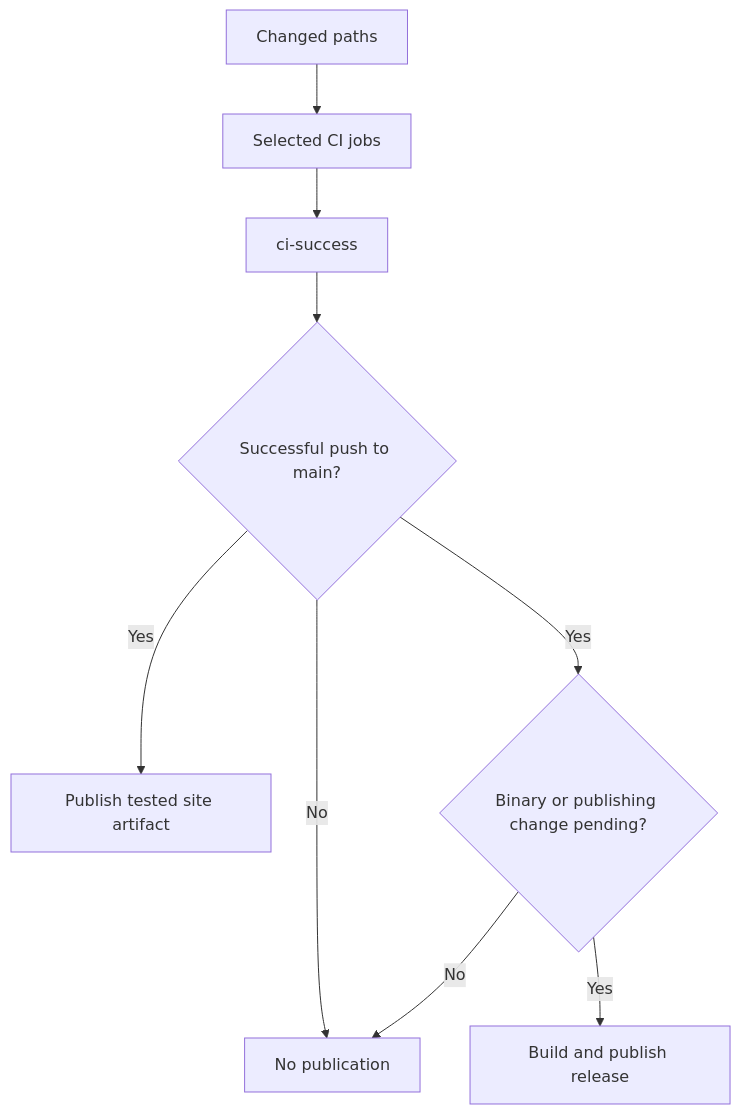
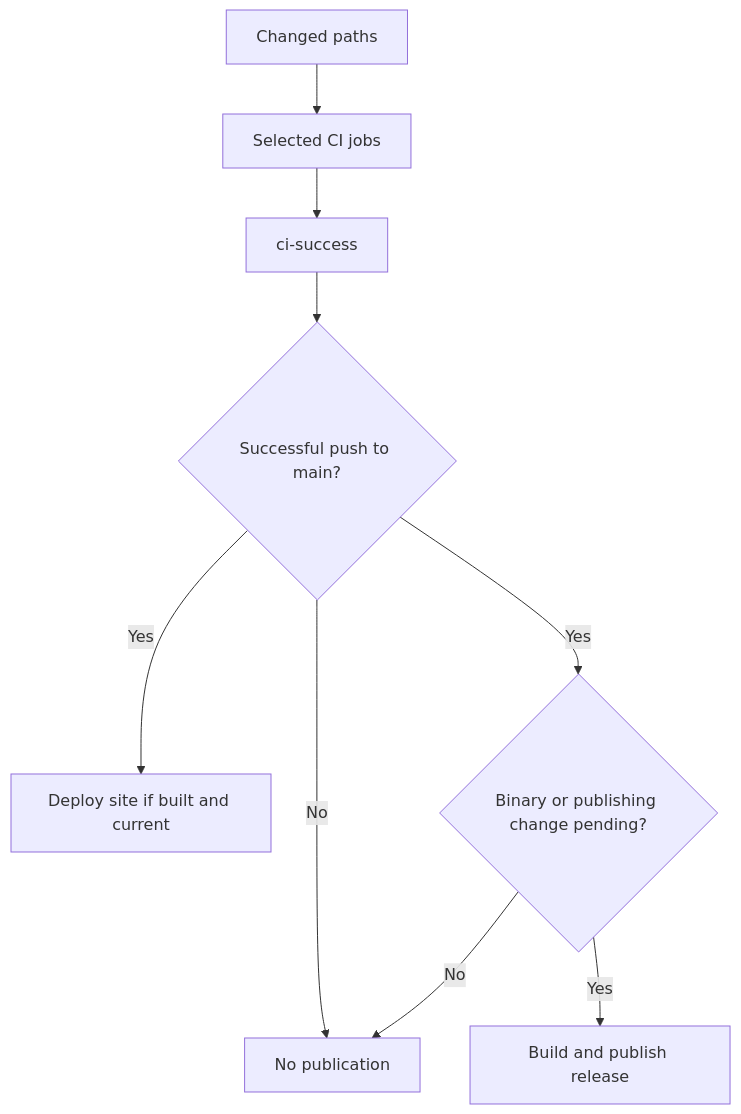
Before and after one commit to sneivandt/dotfiles: the diagram in docs/content/development/ci-and-releases.md, drawn with Mermaid. The commit also changed other lines of this file and 12 other files, not shown here.

````diff
--- a/docs/content/development/ci-and-releases.md
+++ b/docs/content/development/ci-and-releases.md
@@ -23,13 +23,13 @@
 ```mermaid
 flowchart TB
     accTitle: CI gates documentation and binary publication separately
-    accDescr: Changed paths select CI jobs. The ci-success gate verifies their results. Only a successful same-repository push to main can publish the checked documentation artifact or select an unpublished binary or publishing change for release.
+    accDescr: Changed paths select CI jobs. After successful same-repository push CI on main, Pages deploys a built site only while its commit is current. Release selection separately checks for pending binary or publishing changes.
     Changes["Changed paths"] --> Jobs["Selected CI jobs"]
     Jobs --> Gate["ci-success"]
     Gate --> Push{"Successful push to main?"}
     Push -- No --> Done["No publication"]
-    Push -- Yes --> Docs["Publish tested site artifact"]
+    Push -- Yes --> Docs["Deploy site if built and current"]
     Push -- Yes --> Select{"Binary or publishing change pending?"}
     Select -- Yes --> Release["Build and publish release"]
     Select -- No --> Done
 ```
````
